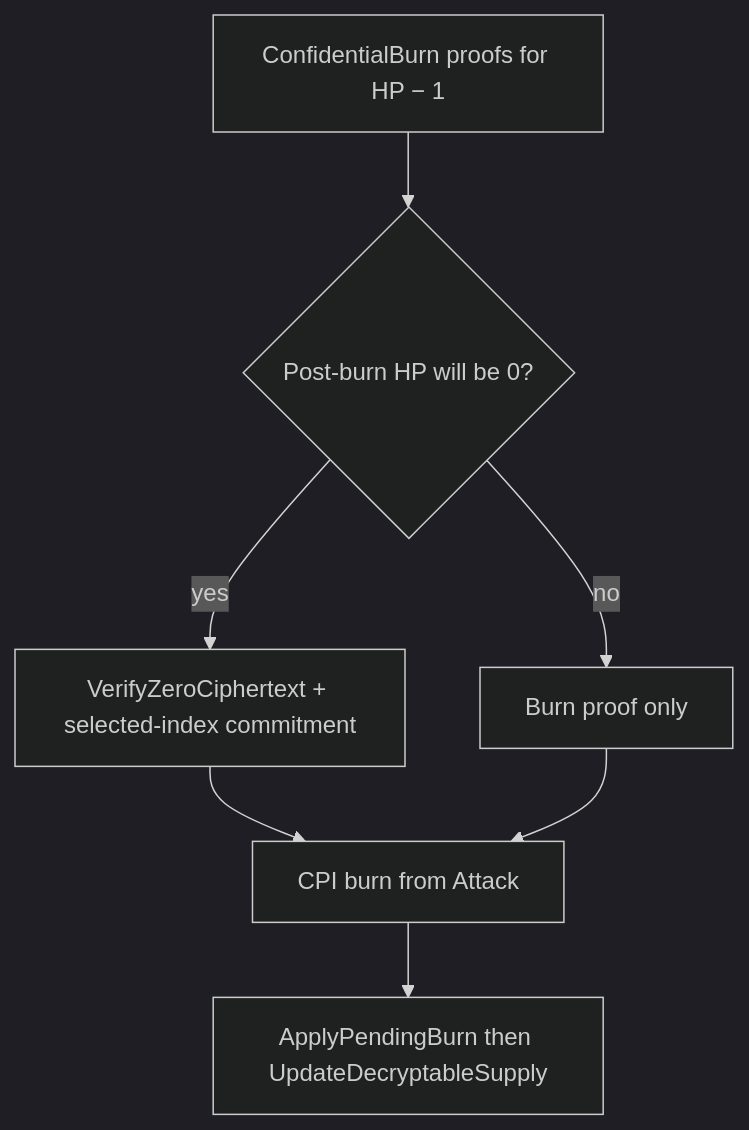
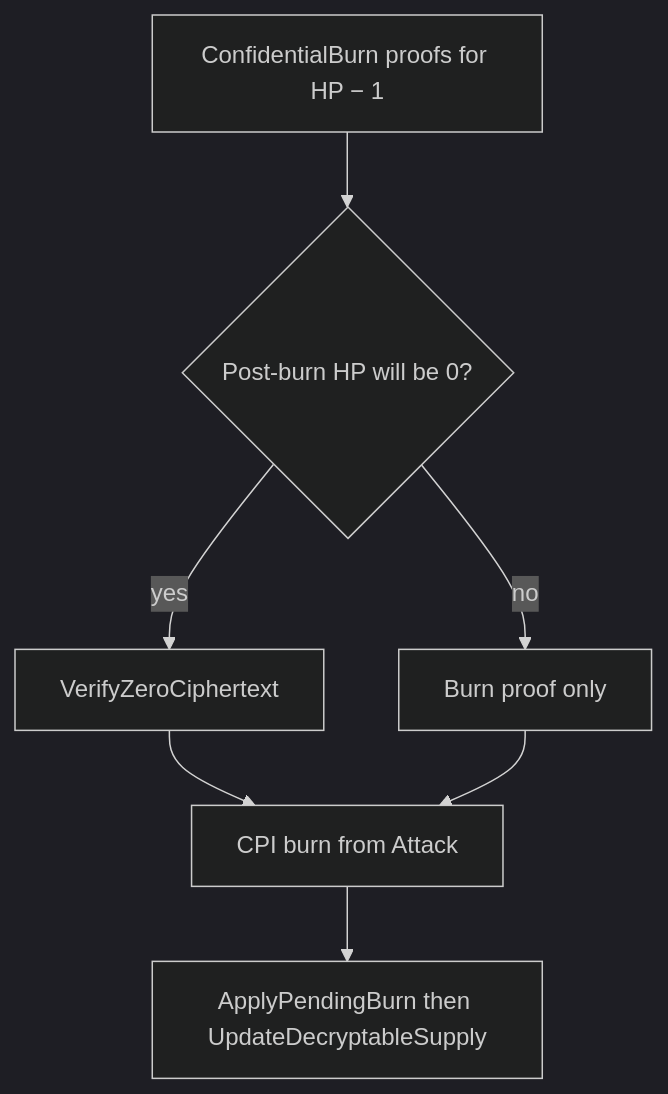
The third of 3 diagrams in docs/arbiter.md (kilogold/confidential-pinata), drawn with Mermaid (dark theme) before and after one commit. The commit also changed other lines of this file and 6 other files, not shown here.

````diff
--- a/docs/arbiter.md
+++ b/docs/arbiter.md
@@ -90,10 +90,10 @@
 ```mermaid
 flowchart TB
   burn[ConfidentialBurn proofs for HP − 1]
   burn --> z{Post-burn HP will be 0?}
-  z -->|yes| zp[VerifyZeroCiphertext + selected-index commitment]
+  z -->|yes| zp[VerifyZeroCiphertext]
   z -->|no| nz[Burn proof only]
   zp --> seq[CPI burn from Attack]
   nz --> seq
   seq --> supply[ApplyPendingBurn then UpdateDecryptableSupply]
 ```
````
